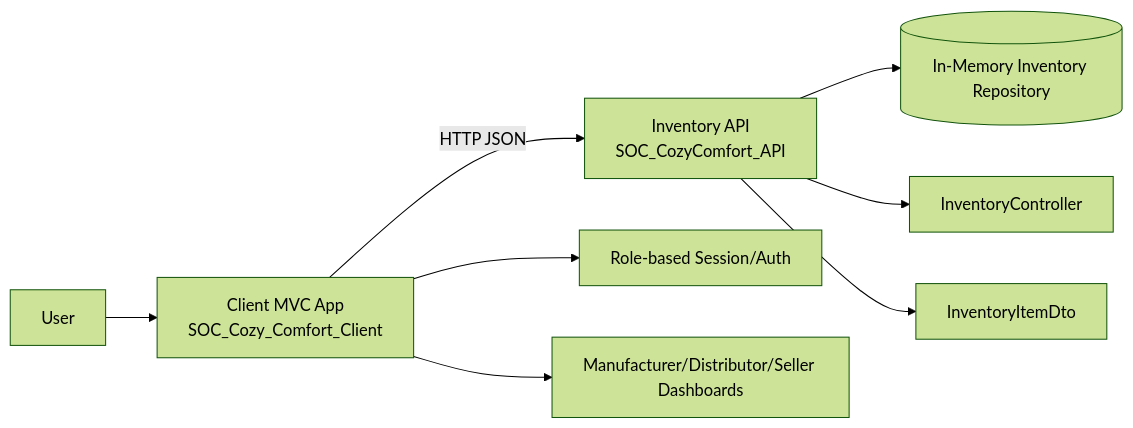
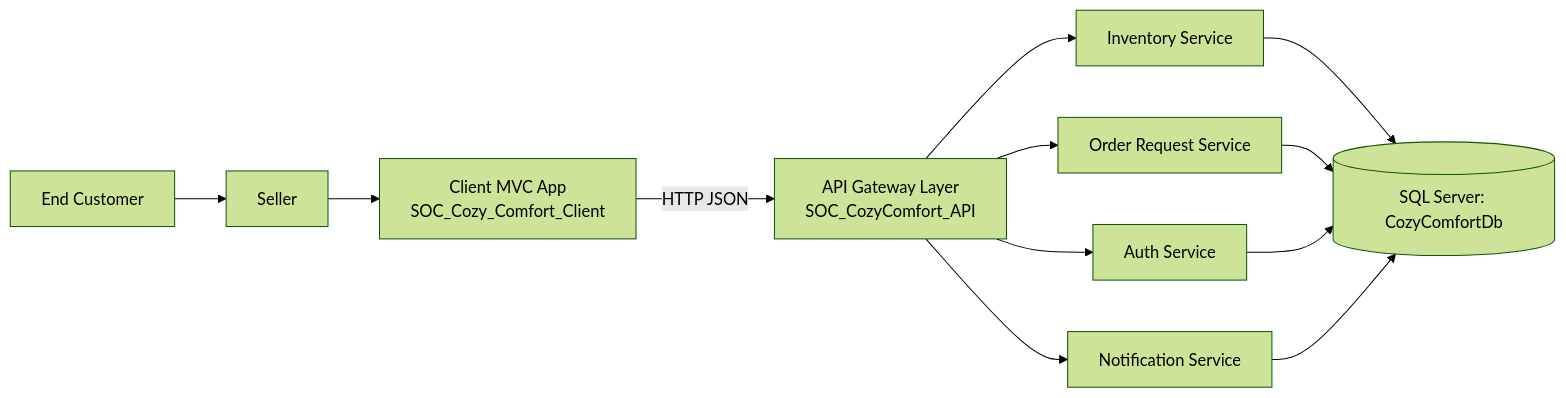
One commit to karththiga/Cozy_Comfort changed the first of 3 diagrams in docs/architecture.md. Above: the diagram before and after it, drawn with Mermaid (forest theme). The commit also changed other lines of this file and 28 other files, not shown here.

Commit message:
Upgrade Task 2 documentation with complete SOC diagrams and checklist

````diff
--- a/docs/architecture.md
+++ b/docs/architecture.md
@@ -4,12 +4,16 @@
 ```mermaid
 flowchart LR
-    U[User] --> C[Client MVC App\nSOC_Cozy_Comfort_Client]
-    C -->|HTTP JSON| A[Inventory API\nSOC_CozyComfort_API]
-    A --> R[(In-Memory Inventory Repository)]
+    U[End Customer] --> S[Seller]
+    S --> C[Client MVC App\nSOC_Cozy_Comfort_Client]
 
-    C --> CAuth[Role-based Session/Auth]
-    C --> CDash[Manufacturer/Distributor/Seller Dashboards]
+    C -->|HTTP JSON| A[API Gateway Layer\nSOC_CozyComfort_API]
+    A --> INV[Inventory Service]
+    A --> ORQ[Order Request Service]
+    A --> AUT[Auth Service]
+    A --> NOTI[Notification Service]
 
-    A --> ACtrl[InventoryController]
-    A --> AModel[InventoryItemDto]
+    INV --> DB[(SQL Server: CozyComfortDb)]
+    ORQ --> DB
+    AUT --> DB
+    NOTI --> DB
 ```
````
